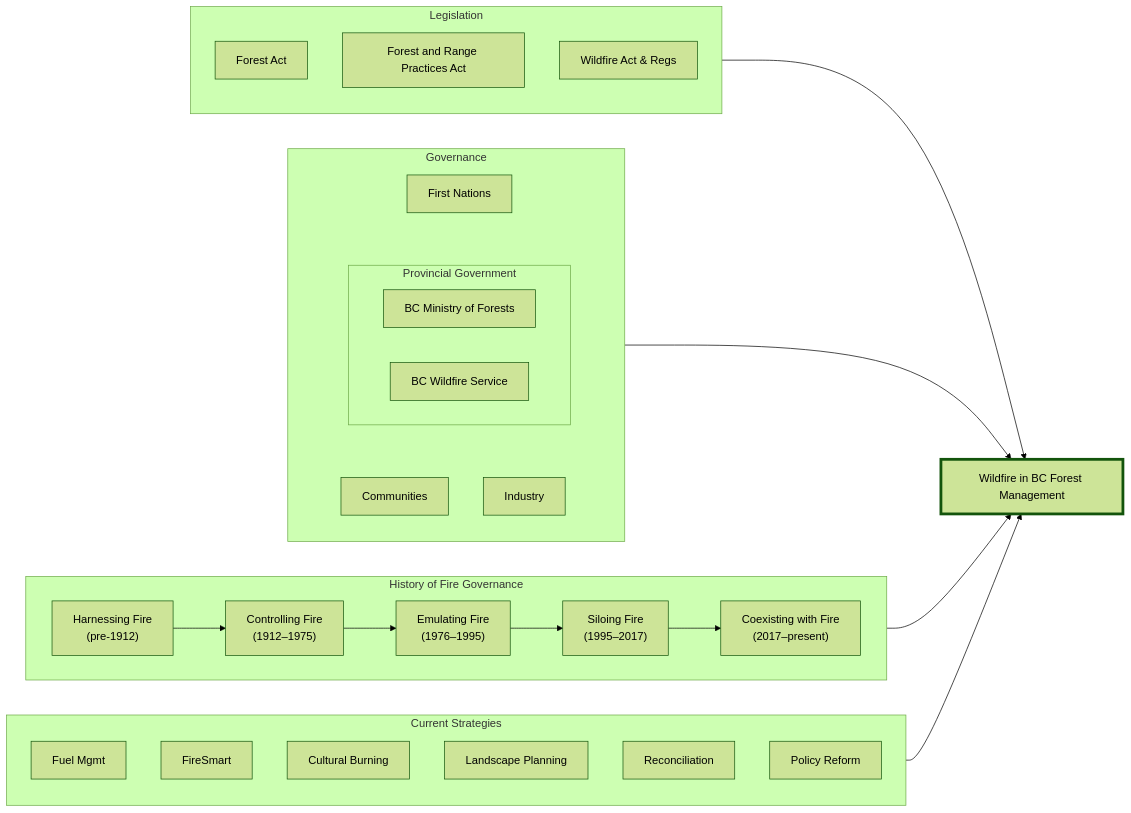
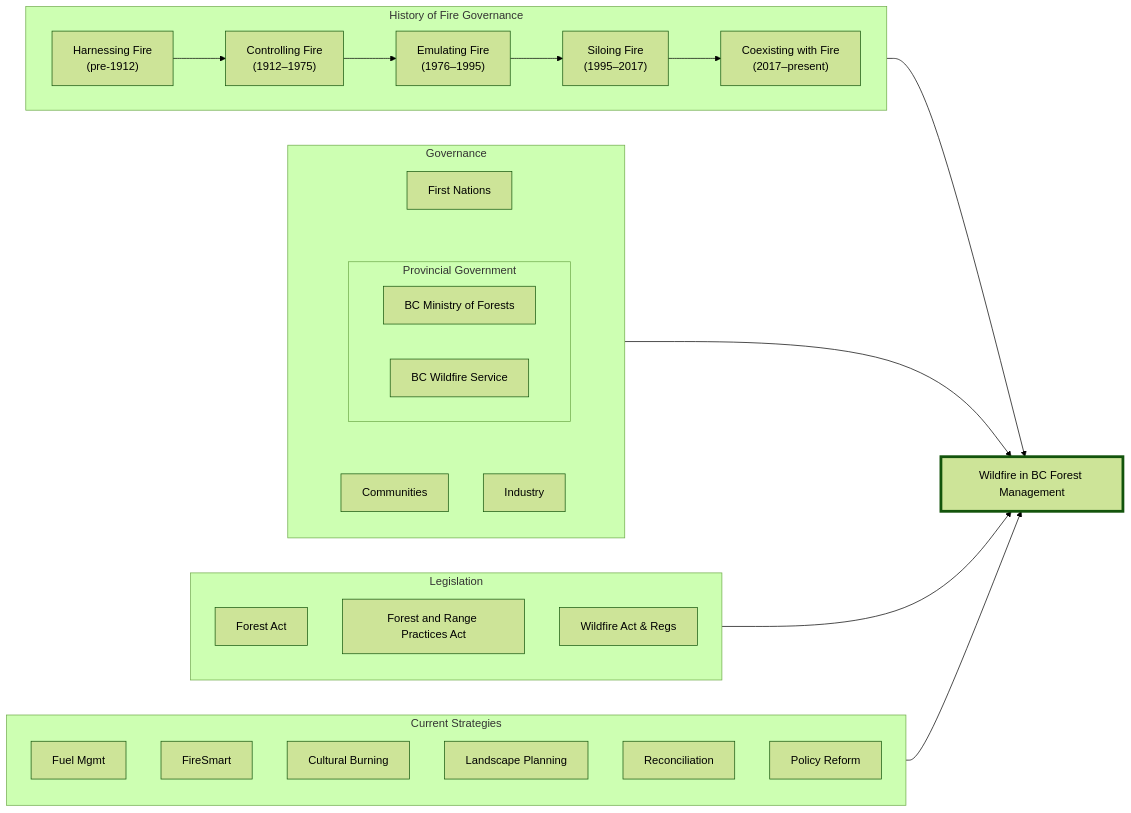
The diagram in markdown/fire-and-forest-management-in-bc.md (UBC-FRESH/frst521), drawn with Mermaid (forest theme) before and after one commit. The commit also changed other lines of this file, not shown here.

First line of the commit message:
Update fire-and-forest-management-in-bc.md

````diff
--- a/markdown/fire-and-forest-management-in-bc.md
+++ b/markdown/fire-and-forest-management-in-bc.md
@@ -46,55 +45,55 @@
 ```mermaid
 graph LR
     A[Wildfire in BC Forest Management]:::center
 
-    subgraph Legislation
-        L1[Forest Act]
-        L2[Forest and Range Practices Act]
-        L3[Wildfire Act & Regs]
+    subgraph GovernanceHistory["History of Fire Governance"]
+        direction LR
+        H1["Harnessing Fire 
+            (pre-1912)"]
+        H2["Controlling Fire
+            (1912–1975)"]
+        H3["Emulating Fire
+            (1976–1995)"]
+        H4["Siloing Fire
+            (1995–2017)"]
+        H5["Coexisting with Fire
+            (2017–present)"]
+        H1 --> H2 --> H3 --> H4 --> H5
     end
 
     subgraph Governance
         direction TB
         G1[First Nations]
         subgraph PG[Provincial Government]
             G2[BC Ministry of Forests]        
             G3[BC Wildfire Service]
         end
         G4[Communities]
         G5[Industry]
         G1 ~~~ PG
         PG ~~~ G4
         PG ~~~ G5
     end
 
-    subgraph GovernanceHistory["History of Fire Governance"]
-        direction LR
-        H1["Harnessing Fire 
-            (pre-1912)"]
-        H2["Controlling Fire
-            (1912–1975)"]
-        H3["Emulating Fire
-            (1976–1995)"]
-        H4["Siloing Fire
-            (1995–2017)"]
-        H5["Coexisting with Fire
-            (2017–present)"]
-        H1 --> H2 --> H3 --> H4 --> H5
+    subgraph Legislation
+        L1[Forest Act]
+        L2[Forest and Range Practices Act]
+        L3[Wildfire Act & Regs]
     end
 
     subgraph Strategies["Current Strategies"]
         S1[Fuel Mgmt]
         S2[FireSmart]
         S3[Cultural Burning]
         S4[Landscape Planning]
         S5[Reconciliation]
         S6[Policy Reform]
     end
 
+    GovernanceHistory --> A
+    Governance --> A
     Legislation --> A
-    Governance --> A
-    GovernanceHistory --> A
     Strategies --> A
 
     classDef center stroke:#11,stroke-width:4px;
 ```
````
